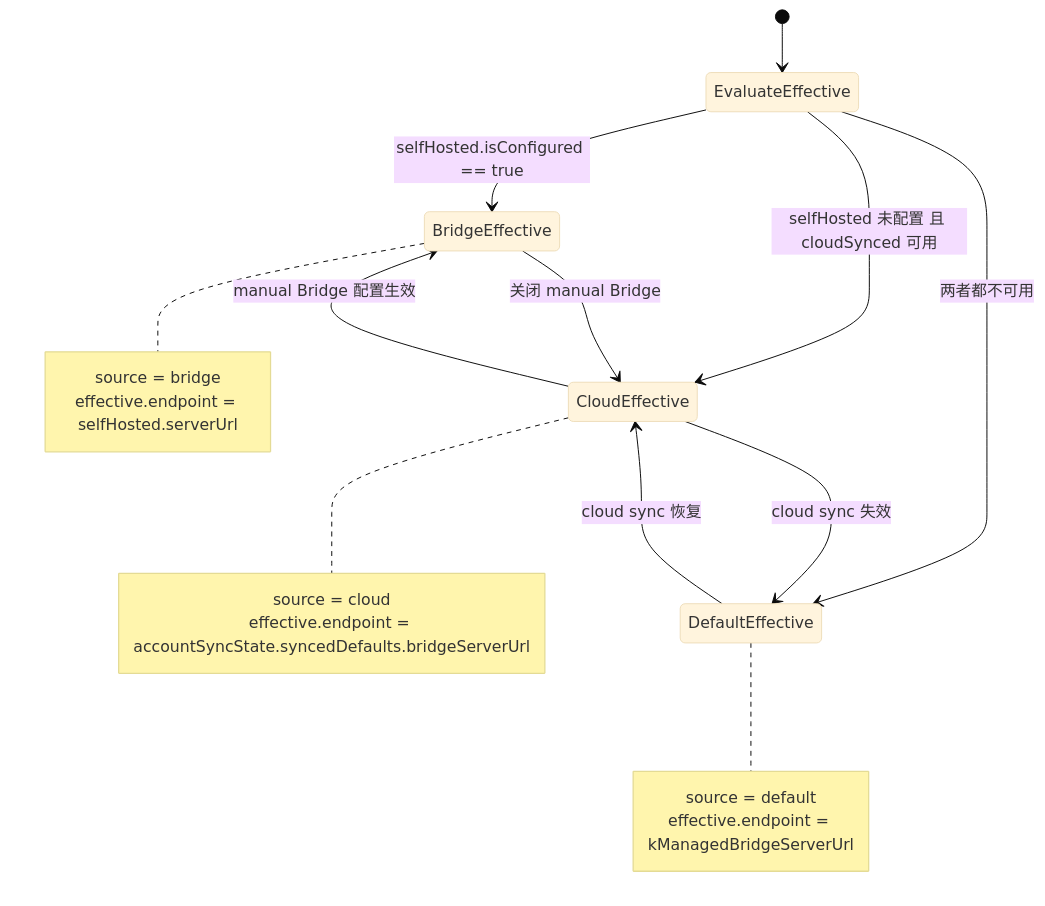
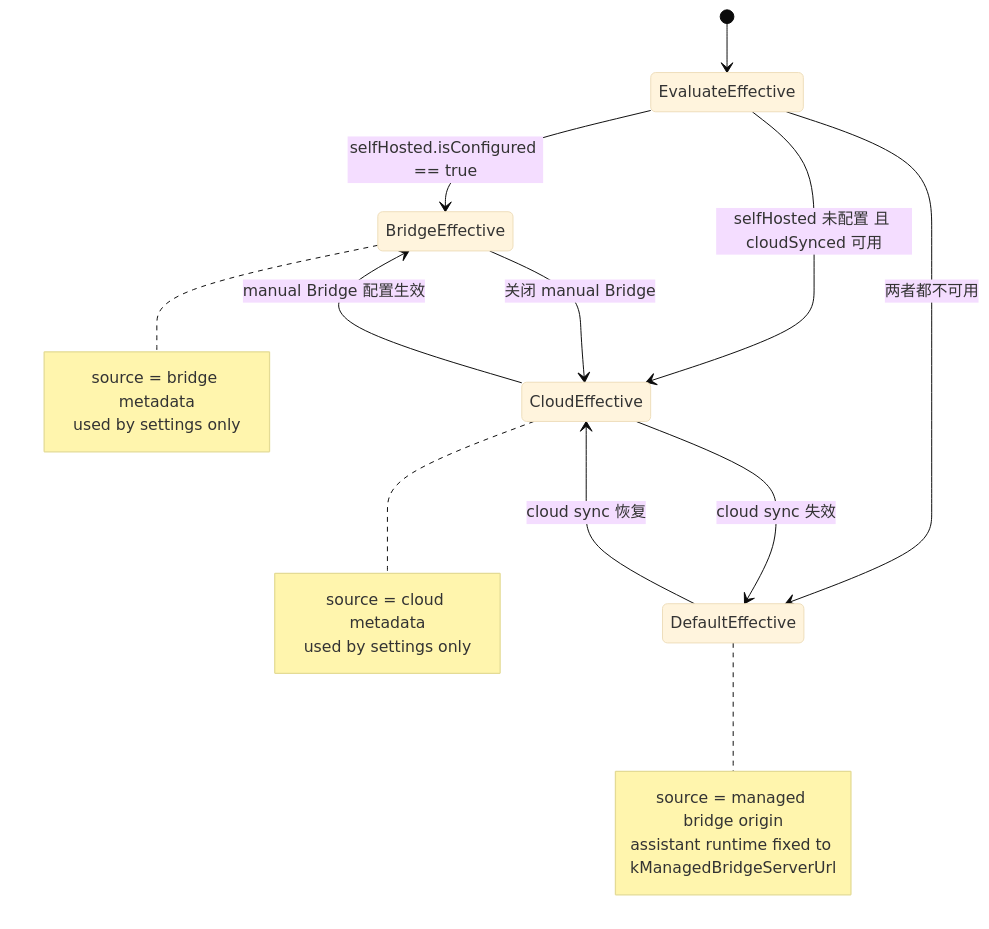
Before and after one commit to ai-workspace-lab/xworkmate-app: the second of 2 diagrams in docs/architecture/settings-integration-configuration-model.md, drawn with Mermaid (base theme). The commit also changed other lines of this file and 9 other files, not shown here.

Commit message:
Refine bridge routing and settings cleanup

````diff
--- a/docs/architecture/settings-integration-configuration-model.md
+++ b/docs/architecture/settings-integration-configuration-model.md
@@ -108,28 +108,28 @@
 ```mermaid
 stateDiagram-v2
     [*] --> EvaluateEffective
 
     EvaluateEffective --> BridgeEffective: selfHosted.isConfigured == true
     EvaluateEffective --> CloudEffective: selfHosted 未配置 且 cloudSynced 可用
     EvaluateEffective --> DefaultEffective: 两者都不可用
 
     BridgeEffective --> CloudEffective: 关闭 manual Bridge
     CloudEffective --> BridgeEffective: manual Bridge 配置生效
     CloudEffective --> DefaultEffective: cloud sync 失效
     DefaultEffective --> CloudEffective: cloud sync 恢复
 
     note right of BridgeEffective
-        source = bridge
-        effective.endpoint = selfHosted.serverUrl
+        source = bridge metadata
+        used by settings only
     end note
 
     note right of CloudEffective
-        source = cloud
-        effective.endpoint = accountSyncState.syncedDefaults.bridgeServerUrl
+        source = cloud metadata
+        used by settings only
     end note
 
     note right of DefaultEffective
-        source = default
-        effective.endpoint = kManagedBridgeServerUrl
+        source = managed bridge origin
+        assistant runtime fixed to kManagedBridgeServerUrl
     end note
 ```
````
